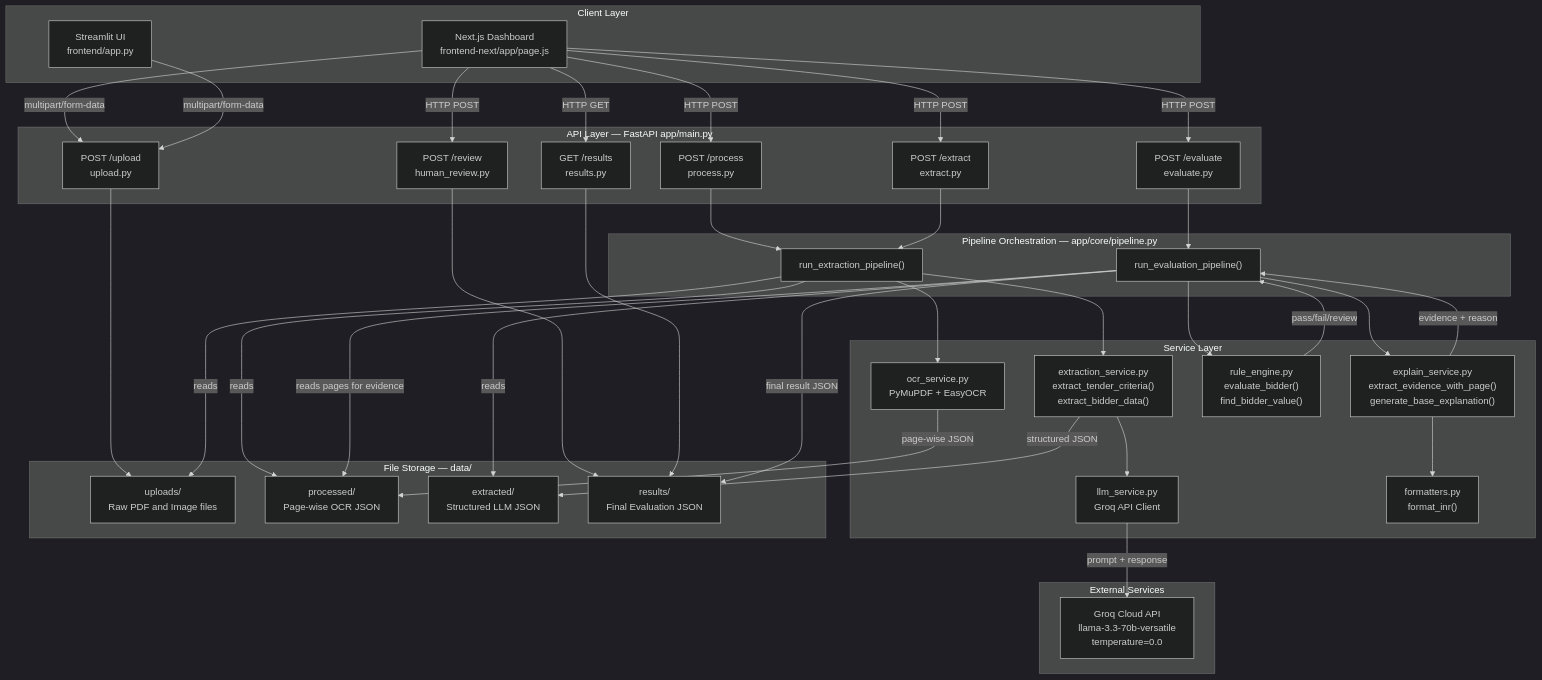
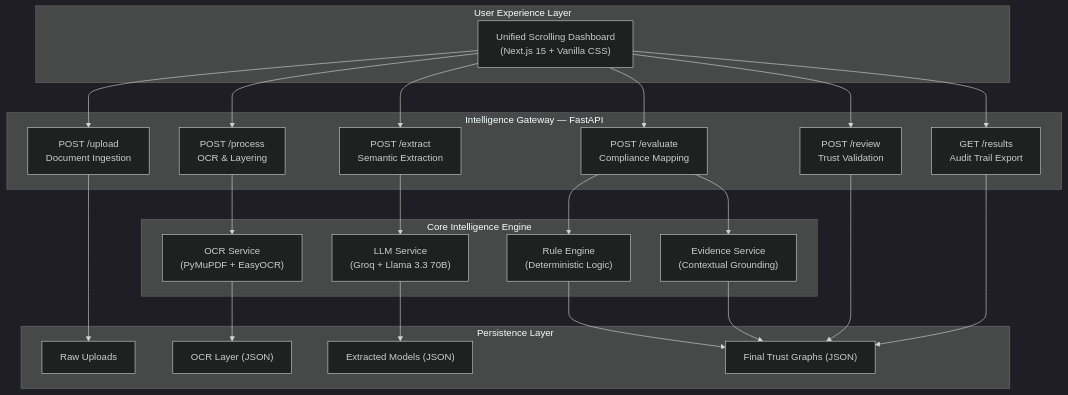
One commit to priyanshsingh11/AI-for-bharat changed the diagram in README.md. Above: the diagram before and after it, drawn with Mermaid (dark theme). The commit also changed other lines of this file, not shown here.

Commit message:
refactor: rebrand project to TrustGraph AI and update documentation architecture

````diff
--- a/README.md
+++ b/README.md
@@ -23,74 +44,51 @@
 ```mermaid
 flowchart TD
-    subgraph CLIENT["Client Layer"]
-        UI1["Next.js Dashboard\nfrontend-next/app/page.js"]
-        UI2["Streamlit UI\nfrontend/app.py"]
+    subgraph CLIENT["User Experience Layer"]
+        UI["Unified Scrolling Dashboard\n(Next.js 15 + Vanilla CSS)"]
     end
 
-    subgraph API["API Layer — FastAPI app/main.py"]
-        R1["POST /upload\nupload.py"]
-        R2["POST /process\nprocess.py"]
-        R3["POST /extract\nextract.py"]
-        R4["POST /evaluate\nevaluate.py"]
-        R5["POST /review\nhuman_review.py"]
-        R6["GET /results\nresults.py"]
+    subgraph API["Intelligence Gateway — FastAPI"]
+        R1["POST /upload\nDocument Ingestion"]
+        R2["POST /process\nOCR & Layering"]
+        R3["POST /extract\nSemantic Extraction"]
+        R4["POST /evaluate\nCompliance Mapping"]
+        R5["POST /review\nTrust Validation"]
+        R6["GET /results\nAudit Trail Export"]
     end
 
-    subgraph PIPELINE["Pipeline Orchestration — app/core/pipeline.py"]
-        P1["run_extraction_pipeline()"]
-        P2["run_evaluation_pipeline()"]
+    subgraph ENGINE["Core Intelligence Engine"]
+        S1["OCR Service\n(PyMuPDF + EasyOCR)"]
+        S2["LLM Service\n(Groq + Llama 3.3 70B)"]
+        S3["Rule Engine\n(Deterministic Logic)"]
+        S4["Evidence Service\n(Contextual Grounding)"]
     end
 
-    subgraph SERVICES["Service Layer"]
-        S1["ocr_service.py\nPyMuPDF + EasyOCR"]
-        S2["llm_service.py\nGroq API Client"]
-        S3["extraction_service.py\nextract_tender_criteria()\nextract_bidder_data()"]
-        S4["rule_engine.py\nevaluate_bidder()\nfind_bidder_value()"]
-        S5["explain_service.py\nextract_evidence_with_page()\ngenerate_base_explanation()"]
-        S6["formatters.py\nformat_inr()"]
+    subgraph STORAGE["Persistence Layer"]
+        D1["Raw Uploads"]
+        D2["OCR Layer (JSON)"]
+        D3["Extracted Models (JSON)"]
+        D4["Final Trust Graphs (JSON)"]
     end
 
-    subgraph STORAGE["File Storage — data/"]
-        D1["uploads/\nRaw PDF and Image files"]
-        D2["processed/\nPage-wise OCR JSON"]
-        D3["extracted/\nStructured LLM JSON"]
-        D4["results/\nFinal Evaluation JSON"]
-    end
-
-    subgraph EXTERNAL["External Services"]
-        EX1["Groq Cloud API\nllama-3.3-70b-versatile\ntemperature=0.0"]
-    end
-
-    UI1 -->|"multipart/form-data"| R1
-    UI2 -->|"multipart/form-data"| R1
-    UI1 -->|HTTP POST| R2
-    UI1 -->|HTTP POST| R3
-    UI1 -->|HTTP POST| R4
-    UI1 -->|HTTP POST| R5
-    UI1 -->|HTTP GET| R6
-
+    UI --> R1
     R1 --> D1
-    R2 --> P1
-    R3 --> P1
-    R4 --> P2
+    
+    UI --> R2
+    R2 --> S1
+    S1 --> D2
+    
+    UI --> R3
+    R3 --> S2
+    S2 --> D3
+    
+    UI --> R4
+    R4 --> S3
+    R4 --> S4
+    S3 & S4 --> D4
+    
+    UI --> R5
     R5 --> D4
+    
+    UI --> R6
     R6 --> D4
-
-    P1 -->|"reads"| D1
-    P1 --> S1
-    S1 -->|"page-wise JSON"| D2
-    P1 -->|"reads"| D2
-    P1 --> S3
-    S3 --> S2
-    S2 -->|"prompt + response"| EX1
-    S3 -->|"structured JSON"| D3
-
-    P2 -->|"reads"| D3
-    P2 -->|"reads pages for evidence"| D2
-    P2 --> S4
-    P2 --> S5
-    S5 --> S6
-    S4 -->|"pass/fail/review"| P2
-    S5 -->|"evidence + reason"| P2
-    P2 -->|"final result JSON"| D4
 ```
````
